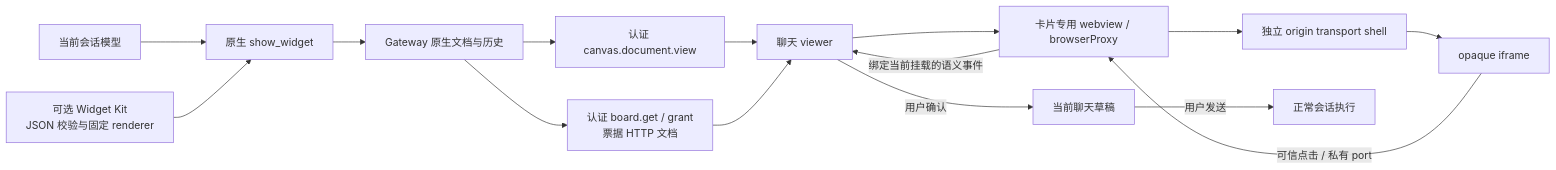
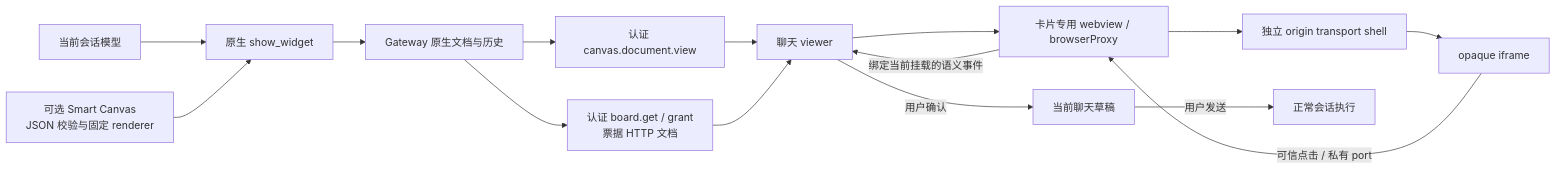
The diagram in docs/features/chat/interactive-answers.md (liangxhao/JustDo), drawn with Mermaid before and after one commit. The commit also changed other lines of this file and 106 other files, not shown here.

Commit message:
refactor(plugins): rename visualization extension to Smart Canvas

````diff
--- a/docs/features/chat/interactive-answers.md
+++ b/docs/features/chat/interactive-answers.md
@@ -279,17 +279,17 @@
 ```mermaid
 flowchart LR
   Model[当前会话模型] --> Tool[原生 show_widget]
-  Plugin[可选 Widget Kit<br/>JSON 校验与固定 renderer] --> Tool
+  Plugin[可选 Smart Canvas<br/>JSON 校验与固定 renderer] --> Tool
   Tool --> Native[Gateway 原生文档与历史]
   Native --> View[认证 canvas.document.view]
   Native --> Board[认证 board.get / grant<br/>票据 HTTP 文档]
   View --> Host[聊天 viewer]
   Board --> Host
   Host --> Guest[卡片专用 webview / browserProxy]
   Guest --> Outer[独立 origin transport shell]
   Outer --> Inner[opaque iframe]
   Inner -->|可信点击 / 私有 port| Guest
   Guest -->|绑定当前挂载的语义事件| Host
   Host -->|用户确认| Draft[当前聊天草稿]
   Draft -->|用户发送| Run[正常会话执行]
 ```
````
